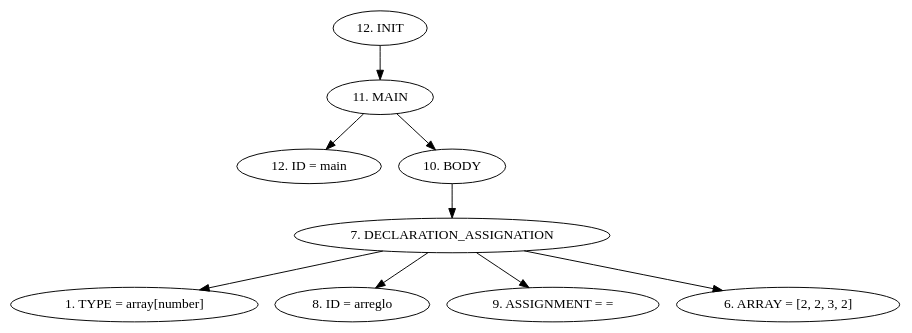
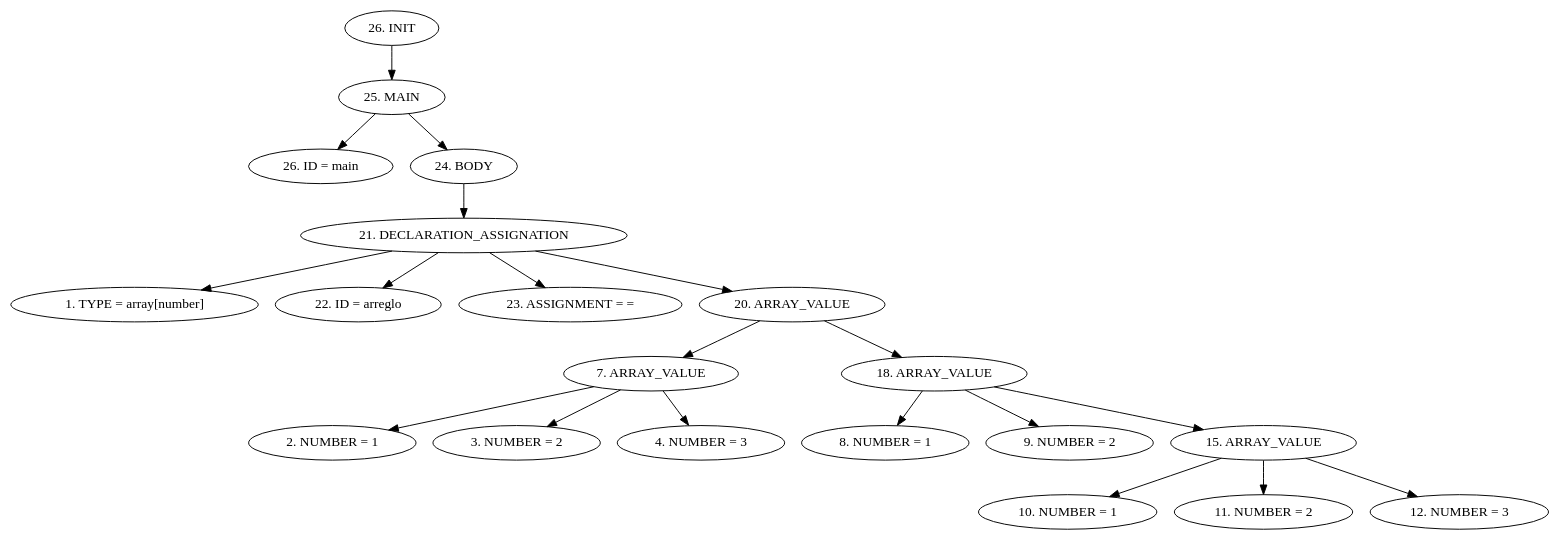
The diagram in src/AST/AST.dot (Carlosvhz/compiladores_proyecto), drawn with Graphviz before and after one commit. The commit also changed 4 other files, not shown here.

```diff
--- a/src/AST/AST.dot
+++ b/src/AST/AST.dot
@@ -1,12 +1,23 @@
 digraph G {
-"12. INIT"->"11. MAIN"
-"11. MAIN"->"12. ID = main"
-"11. MAIN"->"10. BODY"
-"10. BODY"->"7. DECLARATION_ASSIGNATION"
-"7. DECLARATION_ASSIGNATION"->"1. TYPE = array[number]"
-"7. DECLARATION_ASSIGNATION"->"8. ID = arreglo"
-"7. DECLARATION_ASSIGNATION"->"9. ASSIGNMENT = ="
-"7. DECLARATION_ASSIGNATION"->"6. ARRAY = [2, 2, 3, 2]"
+"26. INIT"->"25. MAIN"
+"25. MAIN"->"26. ID = main"
+"25. MAIN"->"24. BODY"
+"24. BODY"->"21. DECLARATION_ASSIGNATION"
+"21. DECLARATION_ASSIGNATION"->"1. TYPE = array[number]"
+"21. DECLARATION_ASSIGNATION"->"22. ID = arreglo"
+"21. DECLARATION_ASSIGNATION"->"23. ASSIGNMENT = ="
+"21. DECLARATION_ASSIGNATION"->"20. ARRAY_VALUE"
+"20. ARRAY_VALUE"->"7. ARRAY_VALUE"
+"7. ARRAY_VALUE"->"2. NUMBER = 1"
+"7. ARRAY_VALUE"->"3. NUMBER = 2"
+"7. ARRAY_VALUE"->"4. NUMBER = 3"
+"20. ARRAY_VALUE"->"18. ARRAY_VALUE"
+"18. ARRAY_VALUE"->"8. NUMBER = 1"
+"18. ARRAY_VALUE"->"9. NUMBER = 2"
+"18. ARRAY_VALUE"->"15. ARRAY_VALUE"
+"15. ARRAY_VALUE"->"10. NUMBER = 1"
+"15. ARRAY_VALUE"->"11. NUMBER = 2"
+"15. ARRAY_VALUE"->"12. NUMBER = 3"
 
 
 }
```
